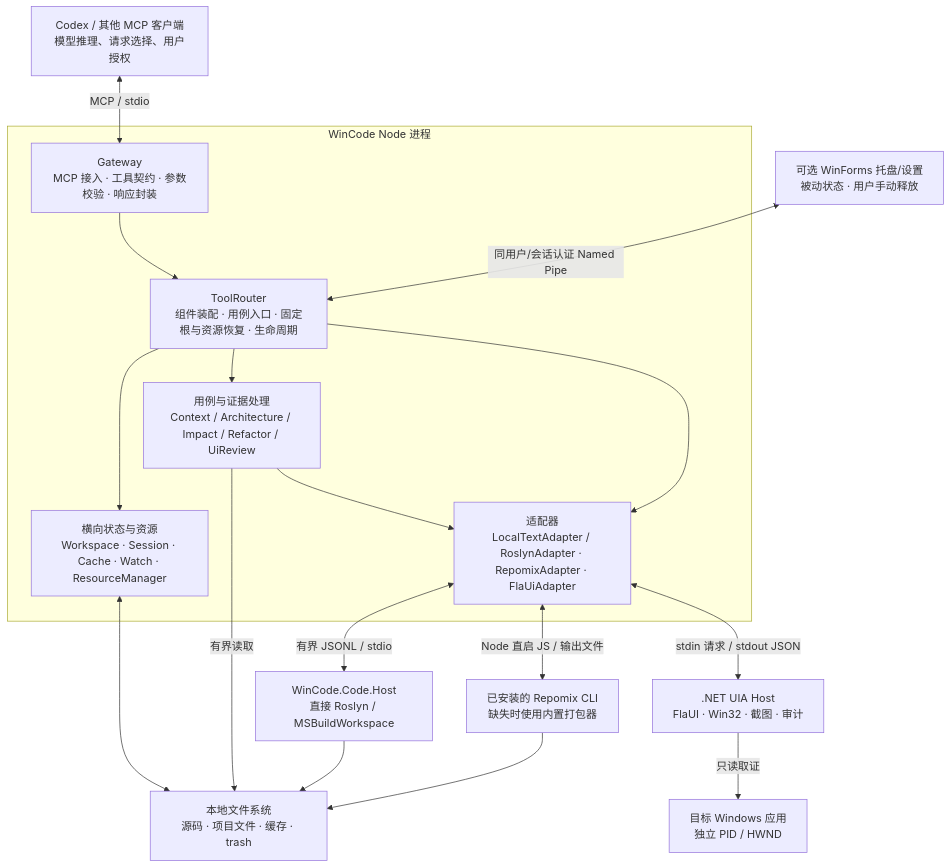
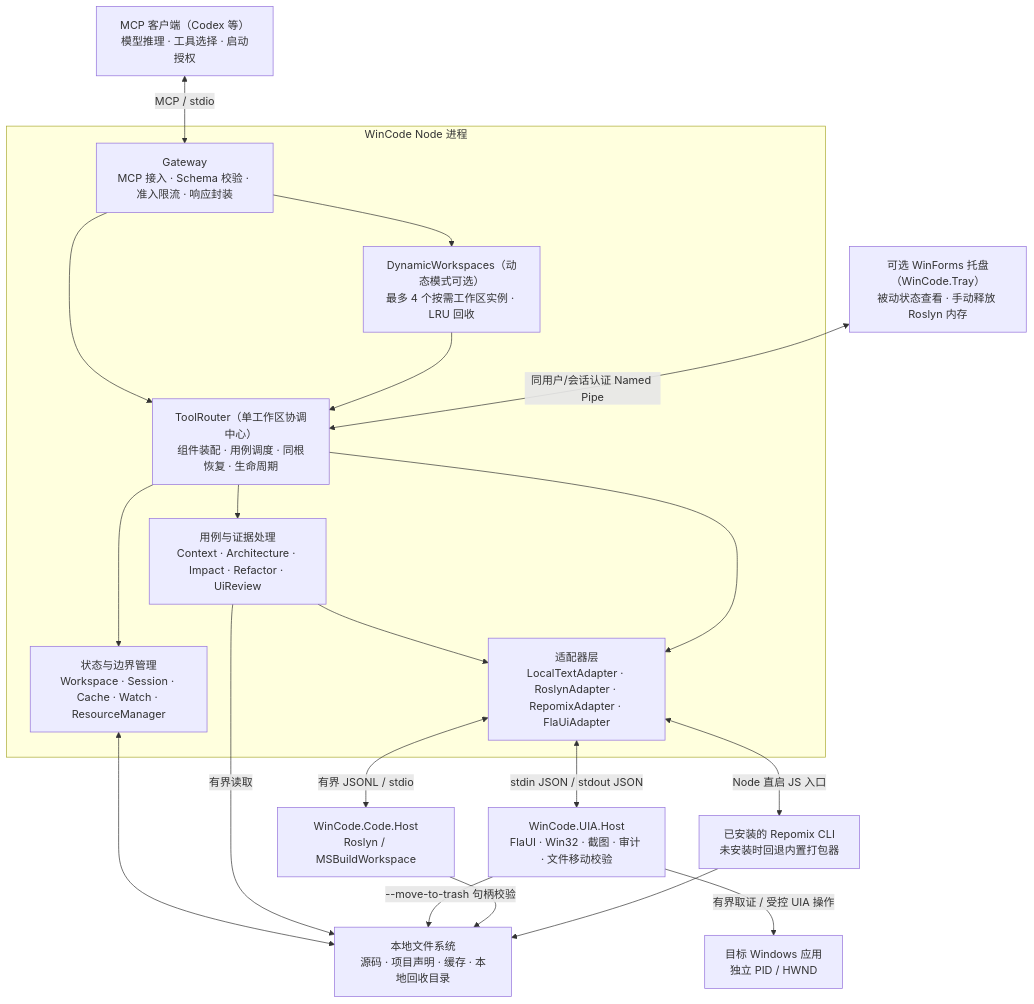
One commit to linnnn89/WinCode changed the first of 4 diagrams in WinCode-架构与数据流说明.md. Above: the diagram before and after it, drawn with Mermaid. The commit also changed other lines of this file and 13 other files, not shown here.

````diff
--- a/WinCode-架构与数据流说明.md
+++ b/WinCode-架构与数据流说明.md
@@ -17,26 +13,30 @@
 ```mermaid
 flowchart TB
-  Client["Codex / 其他 MCP 客户端\n模型推理、请求选择、用户授权"]
+  Client["MCP 客户端（Codex 等）\n模型推理 · 工具选择 · 启动授权"]
   subgraph Node["WinCode Node 进程"]
-    Gate["Gateway\nMCP 接入 · 工具契约 · 参数校验 · 响应封装"]
-    Router["ToolRouter\n组件装配 · 用例入口 · 固定根与资源恢复 · 生命周期"]
-    Use["用例与证据处理\nContext / Architecture / Impact / Refactor / UiReview"]
-    State["横向状态与资源\nWorkspace · Session · Cache · Watch · ResourceManager"]
-    Adapters["适配器\nLocalTextAdapter / RoslynAdapter · RepomixAdapter · FlaUiAdapter"]
+    Gate["Gateway\nMCP 接入 · Schema 校验 · 准入限流 · 响应封装"]
+    Dyn["DynamicWorkspaces（动态模式可选）\n最多 4 个按需工作区实例 · LRU 回收"]
+    Router["ToolRouter（单工作区协调中心）\n组件装配 · 用例调度 · 同根恢复 · 生命周期"]
+    Use["用例与证据处理\nContext · Architecture · Impact · Refactor · UiReview"]
+    State["状态与边界管理\nWorkspace · Session · Cache · Watch · ResourceManager"]
+    Adapters["适配器层\nLocalTextAdapter · RoslynAdapter · RepomixAdapter · FlaUiAdapter"]
+    Gate --> Dyn
     Gate --> Router
+    Dyn --> Router
     Router --> Use
     Router --> State
     Use --> Adapters
     Router --> Adapters
   end
   Client <-->|"MCP / stdio"| Gate
-  Adapters <-->|"有界 JSONL / stdio"| CodeHost["WinCode.Code.Host\n直接 Roslyn / MSBuildWorkspace"]
-  Adapters <-->|"Node 直启 JS / 输出文件"| Repomix["已安装的 Repomix CLI\n缺失时使用内置打包器"]
-  Adapters <-->|"stdin 请求 / stdout JSON"| Host[".NET UIA Host\nFlaUI · Win32 · 截图 · 审计"]
-  Host -->|"只读取证"| App["目标 Windows 应用\n独立 PID / HWND"]
-  State <--> Disk["本地文件系统\n源码 · 项目文件 · 缓存 · trash"]
-  Tray["可选 WinForms 托盘/设置\n被动状态 · 用户手动释放"] <-->|"同用户/会话认证 Named Pipe"| Router
+  Adapters <-->|"有界 JSONL / stdio"| CodeHost["WinCode.Code.Host\nRoslyn / MSBuildWorkspace"]
+  Adapters <-->|"Node 直启 JS 入口"| Repomix["已安装的 Repomix CLI\n未安装时回退内置打包器"]
+  Adapters <-->|"stdin JSON / stdout JSON"| Host["WinCode.UIA.Host\nFlaUI · Win32 · 截图 · 审计 · 文件移动校验"]
+  Host -->|"有界取证 / 受控 UIA 操作"| App["目标 Windows 应用\n独立 PID / HWND"]
+  State <--> Disk["本地文件系统\n源码 · 项目声明 · 缓存 · 本地回收目录"]
+  Tray["可选 WinForms 托盘（WinCode.Tray）\n被动状态查看 · 手动释放 Roslyn 内存"] <-->|"同用户/会话认证 Named Pipe"| Router
   Use -->|"有界读取"| Disk
+  Host -->|"--move-to-trash 句柄校验"| Disk
   CodeHost --> Disk
   Repomix --> Disk
 ```
````
